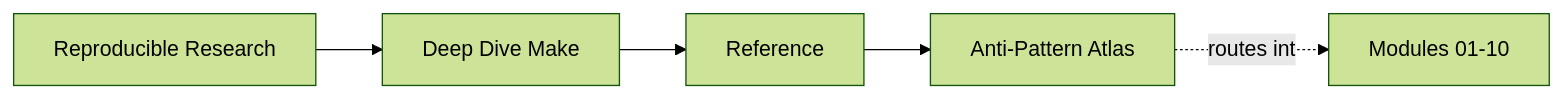
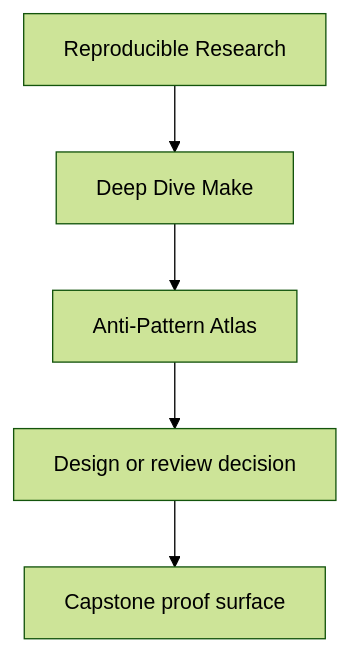
One commit to bijux/bijux-masterclass changed the first of 2 diagrams in programs/reproducible-research/deep-dive-make/course-book/reference/anti-pattern-atlas.md. Above: the diagram before and after it, drawn with Mermaid (forest theme). The commit also changed other lines of this file and 29 other files, not shown here.

Commit message:
docs(deep-dive-make): sharpen guide and reference diagrams

````diff
--- a/programs/reproducible-research/deep-dive-make/course-book/reference/anti-pattern-atlas.md
+++ b/programs/reproducible-research/deep-dive-make/course-book/reference/anti-pattern-atlas.md
@@ -9,11 +9,7 @@
 ```mermaid
-graph LR
-  family["Reproducible Research"]
-  program["Deep Dive Make"]
-  section["Reference"]
-  page["Anti-Pattern Atlas"]
-  modules["Modules 01-10"]
-
-  family --> program --> section --> page
-  page -.routes into.-> modules
+flowchart TD
+  family["Reproducible Research"] --> program["Deep Dive Make"]
+  program --> reference["Anti-Pattern Atlas"]
+  reference --> review["Design or review decision"]
+  review --> capstone["Capstone proof surface"]
 ```
````
